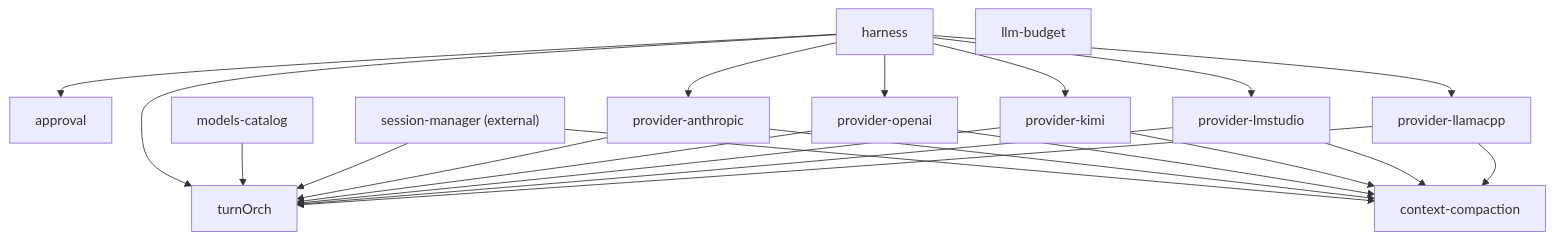
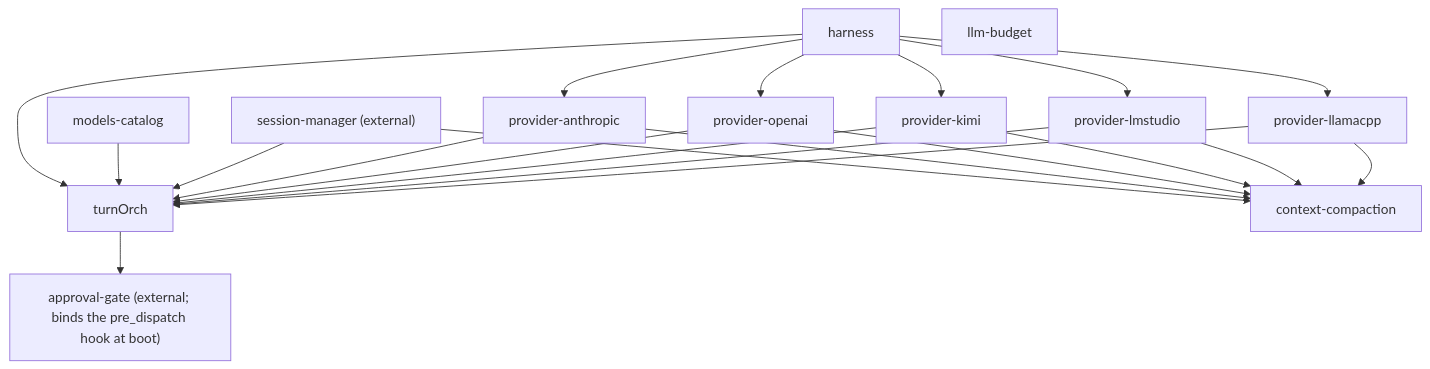
Before and after one commit to iii-hq/workers: the fourth of 5 diagrams in harness/docs/architecture.md, drawn with Mermaid. The commit also changed other lines of this file and 76 other files, not shown here.

First line of the commit message:
feat(harness): adopt the standalone approval-gate worker, retire the in-process gate

````diff
--- a/harness/docs/architecture.md
+++ b/harness/docs/architecture.md
@@ -292,24 +303,24 @@
 ```mermaid
 flowchart TD
   harness --> turnOrch
-  harness --> approval
+  turnOrch --> approval["approval-gate (external; binds the pre_dispatch hook at boot)"]
   models[models-catalog] --> turnOrch
   sessionMgr["session-manager (external)"] --> turnOrch
   harness --> provAnth[provider-anthropic]
   harness --> provOAI[provider-openai]
   harness --> provKimi[provider-kimi]
   harness --> provLms[provider-lmstudio]
   harness --> provLlama[provider-llamacpp]
   provAnth --> turnOrch
   provOAI --> turnOrch
   provKimi --> turnOrch
   provLms --> turnOrch
   provLlama --> turnOrch
   sessionMgr --> compact[context-compaction]
   provAnth --> compact
   provOAI --> compact
   provKimi --> compact
   provLms --> compact
   provLlama --> compact
   budget[llm-budget]
 ```
````
